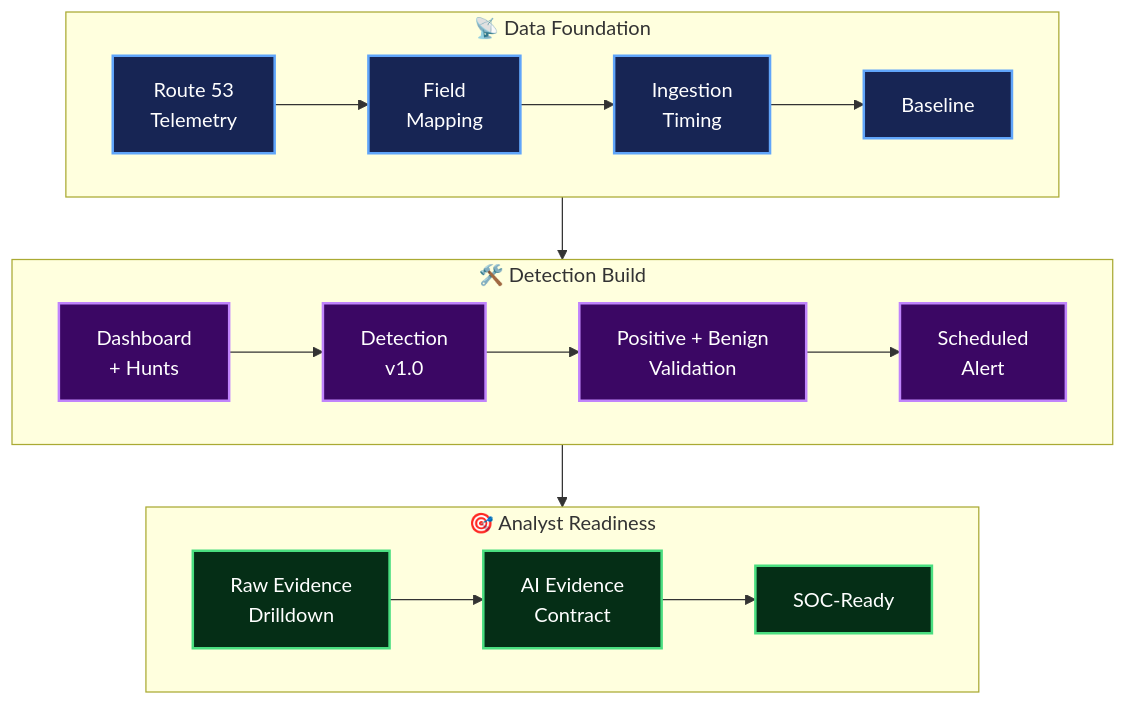
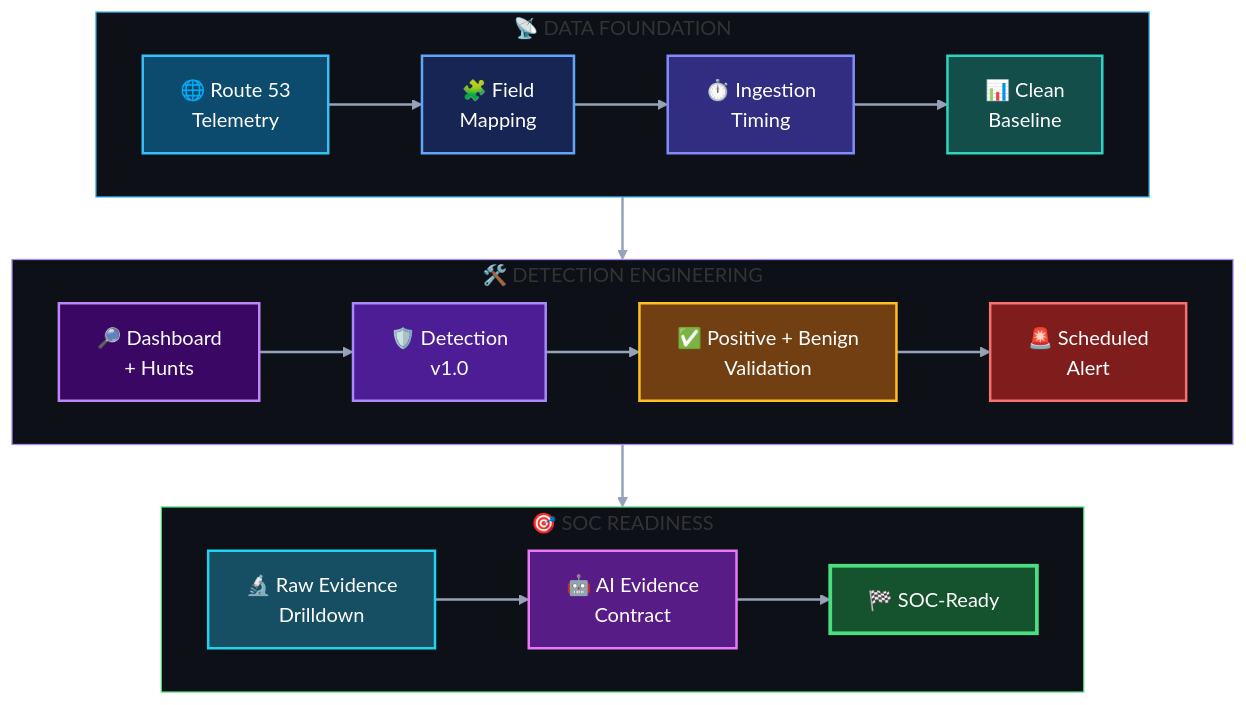
The diagram in detection-engineering/README.md (DNSentinel-Lab/Scenario-01-DNS-Recon), drawn with Mermaid before and after one commit.

Commit message:
Enhance README with improved flowchart labels

````diff
--- a/detection-engineering/README.md
+++ b/detection-engineering/README.md
@@ -46,34 +46,87 @@
 ```mermaid
 flowchart TB
 
-    subgraph P1["📡 Data Foundation"]
+    %% ─────────────────────────────
+    %% PHASE 1 — DATA FOUNDATION
+    %% ─────────────────────────────
+    subgraph DATA["📡  DATA FOUNDATION"]
         direction LR
-        A["Route 53<br/>Telemetry"] --> B["Field<br/>Mapping"]
-        B --> C["Ingestion<br/>Timing"]
-        C --> D["Baseline"]
+
+        A["🌐 Route 53<br/>Telemetry"]
+        B["🧩 Field<br/>Mapping"]
+        C["⏱️ Ingestion<br/>Timing"]
+        D["📊 Clean<br/>Baseline"]
+
+        A --> B --> C --> D
     end
 
-    subgraph P2["🛠️ Detection Build"]
+    %% ─────────────────────────────
+    %% PHASE 2 — DETECTION BUILD
+    %% ─────────────────────────────
+    subgraph BUILD["🛠️  DETECTION ENGINEERING"]
         direction LR
-        E["Dashboard<br/>+ Hunts"] --> F["Detection<br/>v1.0"]
-        F --> G["Positive + Benign<br/>Validation"]
-        G --> H["Scheduled<br/>Alert"]
+
+        E["🔎 Dashboard<br/>+ Hunts"]
+        F["🛡️ Detection<br/>v1.0"]
+        G["✅ Positive + Benign<br/>Validation"]
+        H["🚨 Scheduled<br/>Alert"]
+
+        E --> F --> G --> H
     end
 
-    subgraph P3["🎯 Analyst Readiness"]
+    %% ─────────────────────────────
+    %% PHASE 3 — SOC READINESS
+    %% ─────────────────────────────
+    subgraph READY["🎯  SOC READINESS"]
         direction LR
-        I["Raw Evidence<br/>Drilldown"] --> J["AI Evidence<br/>Contract"]
-        J --> K["SOC-Ready"]
+
+        I["🔬 Raw Evidence<br/>Drilldown"]
+        J["🤖 AI Evidence<br/>Contract"]
+        K["🏁 SOC-Ready"]
+
+        I --> J --> K
     end
 
     D --> E
     H --> I
 
-    classDef phase1 fill:#172554,stroke:#60a5fa,stroke-width:2px,color:#ffffff;
-    classDef phase2 fill:#3b0764,stroke:#c084fc,stroke-width:2px,color:#ffffff;
-    classDef phase3 fill:#052e16,stroke:#4ade80,stroke-width:2px,color:#ffffff;
+    %% ─────────────────────────────
+    %% NODE STYLES
+    %% ─────────────────────────────
+    classDef telemetry fill:#0c4a6e,stroke:#38bdf8,stroke-width:2px,color:#ffffff;
+    classDef mapping fill:#172554,stroke:#60a5fa,stroke-width:2px,color:#ffffff;
+    classDef timing fill:#312e81,stroke:#818cf8,stroke-width:2px,color:#ffffff;
+    classDef baseline fill:#134e4a,stroke:#2dd4bf,stroke-width:2px,color:#ffffff;
 
-    class A,B,C,D phase1;
-    class E,F,G,H phase2;
-    class I,J,K phase3;
+    classDef hunting fill:#3b0764,stroke:#c084fc,stroke-width:2px,color:#ffffff;
+    classDef detection fill:#4c1d95,stroke:#a78bfa,stroke-width:2px,color:#ffffff;
+    classDef validation fill:#713f12,stroke:#fbbf24,stroke-width:2px,color:#ffffff;
+    classDef alert fill:#7f1d1d,stroke:#f87171,stroke-width:2px,color:#ffffff;
+
+    classDef evidence fill:#164e63,stroke:#22d3ee,stroke-width:2px,color:#ffffff;
+    classDef ai fill:#581c87,stroke:#e879f9,stroke-width:2px,color:#ffffff;
+    classDef final fill:#14532d,stroke:#4ade80,stroke-width:3px,color:#ffffff;
+
+    class A telemetry;
+    class B mapping;
+    class C timing;
+    class D baseline;
+
+    class E hunting;
+    class F detection;
+    class G validation;
+    class H alert;
+
+    class I evidence;
+    class J ai;
+    class K final;
+
+    %% ─────────────────────────────
+    %% GROUP STYLES
+    %% ─────────────────────────────
+    style DATA fill:#0d1117,stroke:#38bdf8,stroke-width:1px
+    style BUILD fill:#0d1117,stroke:#a78bfa,stroke-width:1px
+    style READY fill:#0d1117,stroke:#4ade80,stroke-width:1px
+
+    linkStyle default stroke:#94a3b8,stroke-width:2px
 ```
````
